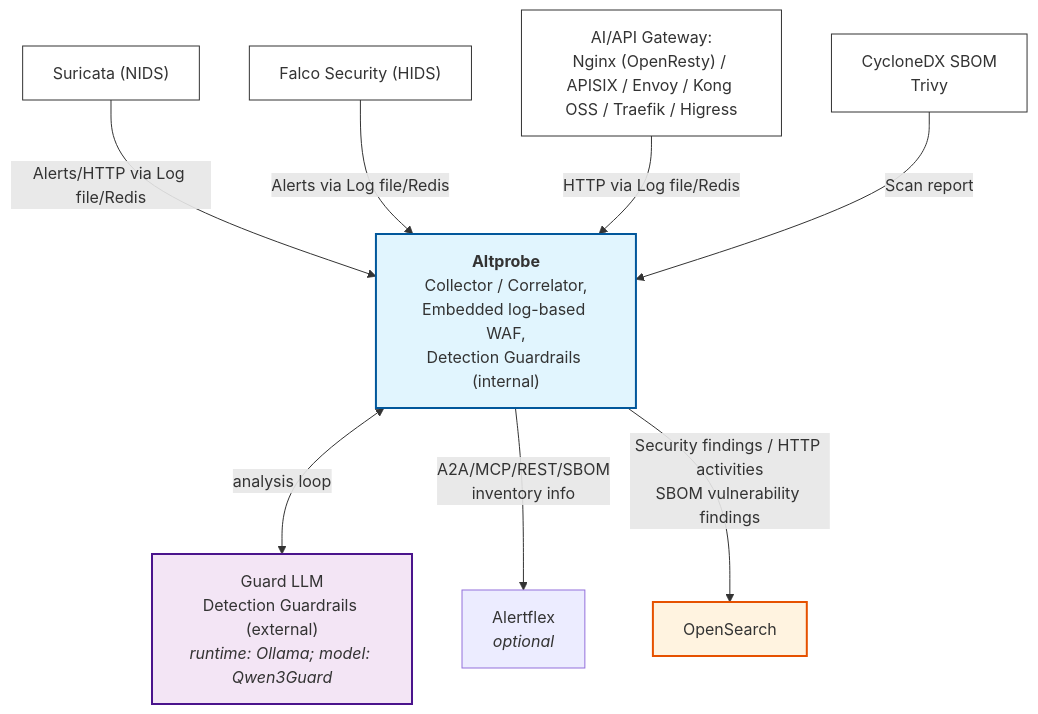
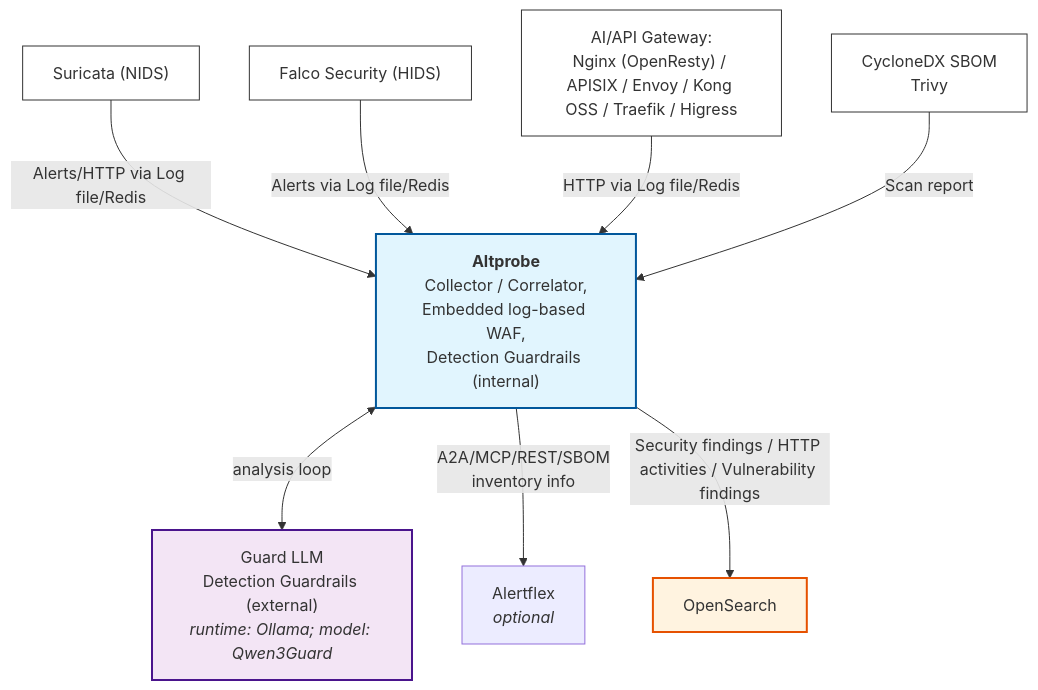
One commit to olegzhr/altprobe changed the second of 2 diagrams in README.md. Above: the diagram before and after it, drawn with Mermaid. The commit also changed other lines of this file, not shown here.

````diff
--- a/README.md
+++ b/README.md
@@ -69,34 +69,34 @@
 ```mermaid
 flowchart TD
     NIDS["Suricata (NIDS)"]
     HIDS["Falco Security (HIDS)"]
     Sbom["CycloneDX SBOM<br/>Trivy"]
     Proxy["AI/API Gateway:<br/>Nginx (OpenResty) / APISIX / Envoy / Kong OSS / Traefik / Higress"]
 
     Altprobe["<b>Altprobe</b><br/>Collector / Correlator,<br/>Embedded log-based WAF,<br/>Detection Guardrails (internal)"]
 
     GLLM["Guard LLM<br/>Detection Guardrails (external)<br/><i>runtime: Ollama; model: Qwen3Guard</i>"]
     Alertflex["Alertflex<br/><i>optional</i>"]
     OpenSearch["OpenSearch"]
 
     NIDS -->|Alerts/HTTP via Log file/Redis| Altprobe
     HIDS -->|Alerts via Log file/Redis| Altprobe
     Proxy -->|HTTP via Log file/Redis| Altprobe
     Sbom -->|Scan report| Altprobe
 
     Altprobe <-->|analysis loop| GLLM
     Altprobe -->|A2A/MCP/REST/SBOM<br/>inventory info| Alertflex
-    Altprobe -->|Security findings / HTTP activities<br/>SBOM vulnerability findings| OpenSearch
+    Altprobe -->|Security findings / HTTP activities / Vulnerability findings| OpenSearch
 
     classDef source fill:#ffffff,stroke:#333,stroke-width:1px
     classDef core fill:#e1f5fe,stroke:#01579b,stroke-width:2px
     classDef downstream fill:#f3e5f5,stroke:#4a148c,stroke-width:2px
     classDef store fill:#fff3e0,stroke:#e65100,stroke-width:2px
     classDef optional stroke-dasharray: 5 5
 
     class NIDS,HIDS,Proxy,Sbom source
     class Altprobe core
     class GLLM downstream
     class Alertflex downstream,optional
     class OpenSearch store
 ```
````
